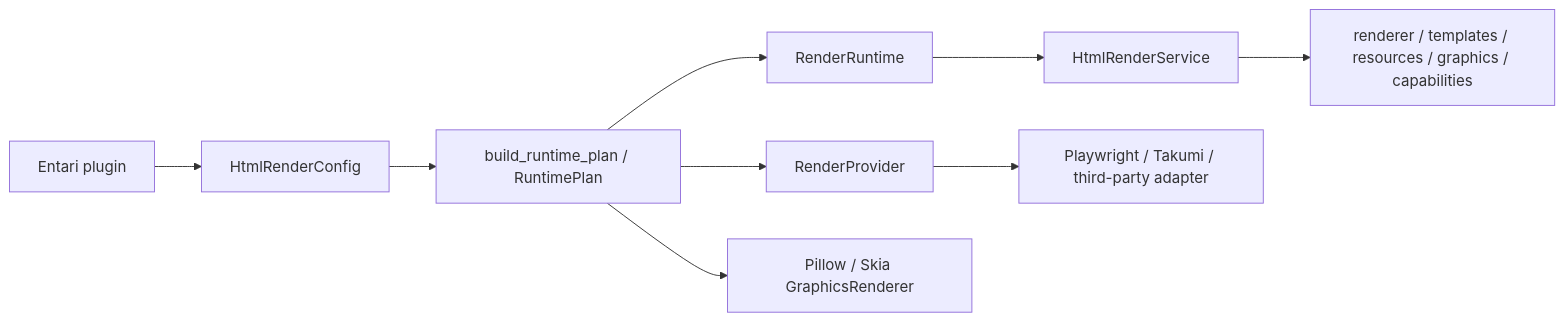
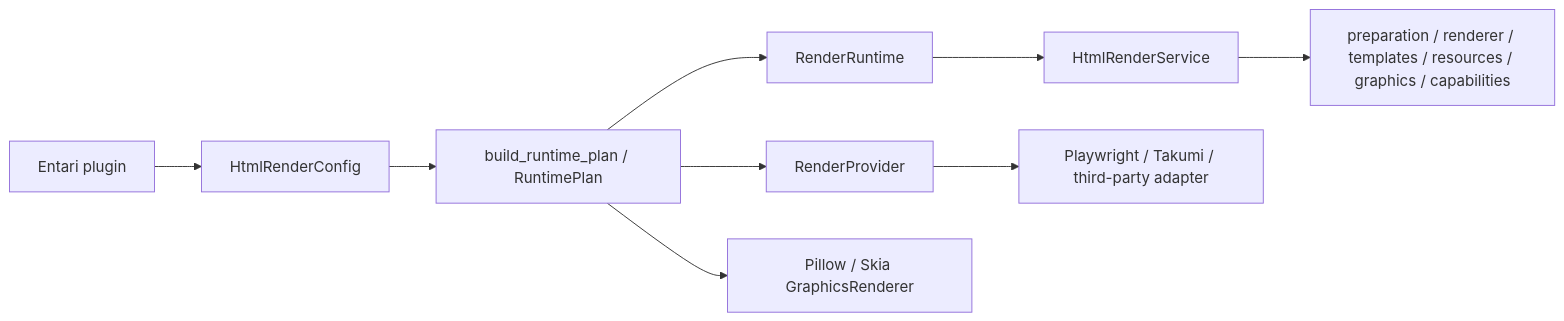
Before and after one commit to entanex/entari-plugin-htmlrender: the diagram in docs/extensions/architecture.md, drawn with Mermaid. The commit also changed other lines of this file and 32 other files, not shown here.

````diff
--- a/docs/extensions/architecture.md
+++ b/docs/extensions/architecture.md
@@ -8,11 +8,11 @@
 ```mermaid
 flowchart LR
     ENTARI["Entari plugin"] --> CONFIG["HtmlRenderConfig"]
     CONFIG --> PLAN["build_runtime_plan / RuntimePlan"]
     PLAN --> RUNTIME["RenderRuntime"]
     RUNTIME --> SERVICE["HtmlRenderService"]
-    SERVICE --> CALLERS["renderer / templates / resources / graphics / capabilities"]
+    SERVICE --> CALLERS["preparation / renderer / templates / resources / graphics / capabilities"]
     PLAN --> PROVIDER["RenderProvider"]
     PROVIDER --> HTML["Playwright / Takumi / third-party adapter"]
     PLAN --> GRAPHICS["Pillow / Skia GraphicsRenderer"]
 ```
````
